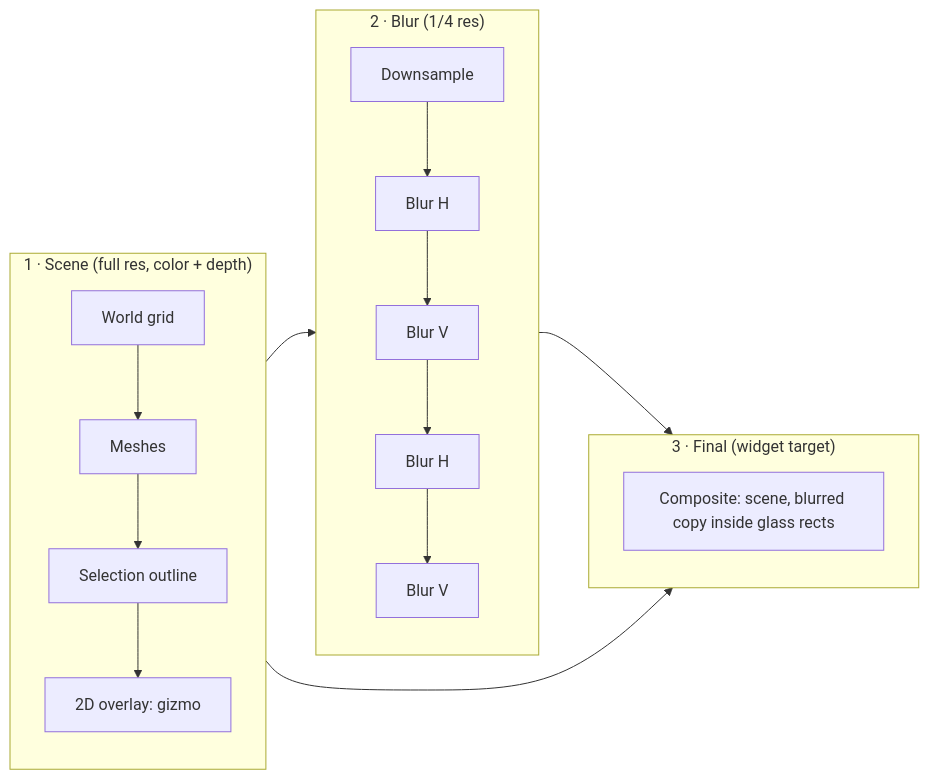
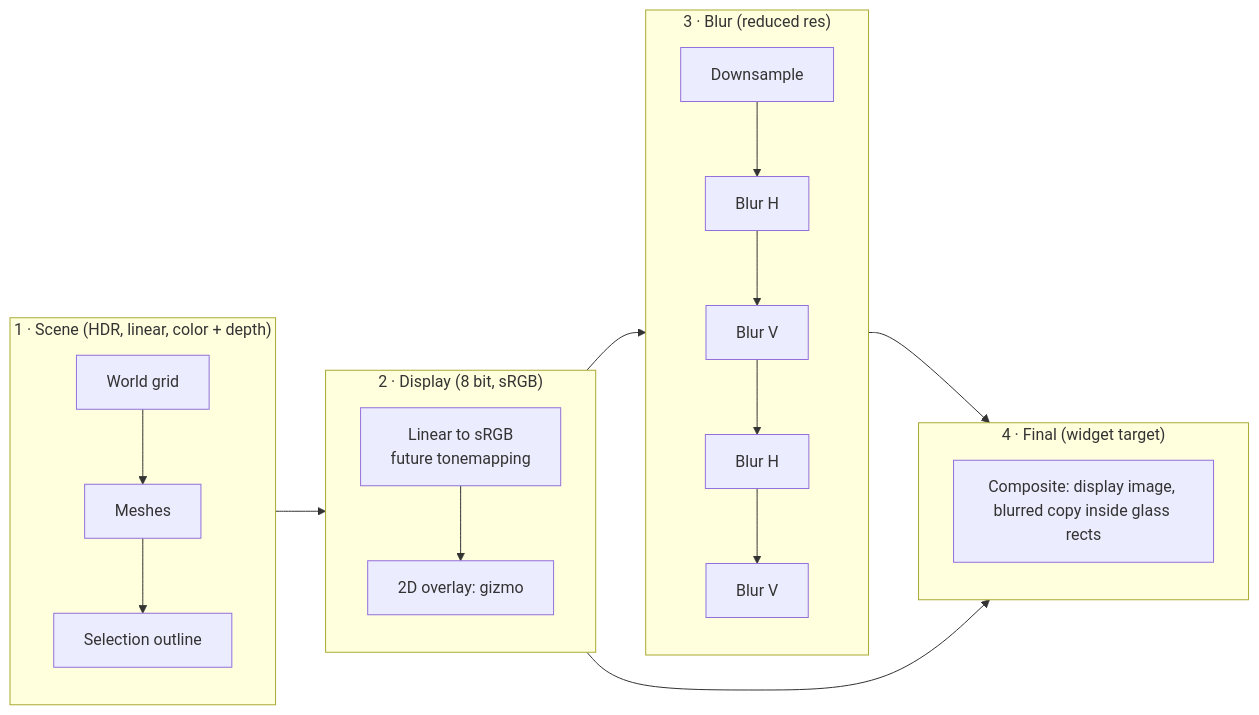
One commit to Dnurr/Lune changed the diagram in docs/rendering.md. Above: the diagram before and after it, drawn with Mermaid. The commit also changed other lines of this file and 5 other files, not shown here.

First line of the commit message:
Display pass: overlay drawn after the sRGB conversion

````diff
--- a/docs/rendering.md
+++ b/docs/rendering.md
@@ -18,14 +18,17 @@
 ```mermaid
 flowchart LR
-    subgraph P1["1 &middot; Scene (full res, color + depth)"]
-        grid[World grid] --> meshes[Meshes] --> outline[Selection outline] --> overlay[2D overlay: gizmo]
+    subgraph P1["1 &middot; Scene (HDR, linear, color + depth)"]
+        grid[World grid] --> meshes[Meshes] --> outline[Selection outline]
     end
-    subgraph P2["2 &middot; Blur (1/4 res)"]
+    subgraph P2["2 &middot; Display (8 bit, sRGB)"]
+        disp[Linear to sRGB<br/>future tonemapping] --> overlay[2D overlay: gizmo]
+    end
+    subgraph P3["3 &middot; Blur (reduced res)"]
         down[Downsample] --> h1[Blur H] --> v1[Blur V] --> h2[Blur H] --> v2[Blur V]
     end
-    subgraph P3["3 &middot; Final (widget target)"]
-        comp[Composite: scene, blurred copy inside glass rects]
+    subgraph P4["4 &middot; Final (widget target)"]
+        comp[Composite: display image, blurred copy inside glass rects]
     end
-    P1 --> P2 --> P3
-    P1 --> P3
+    P1 --> P2 --> P3 --> P4
+    P2 --> P4
 ```
````
